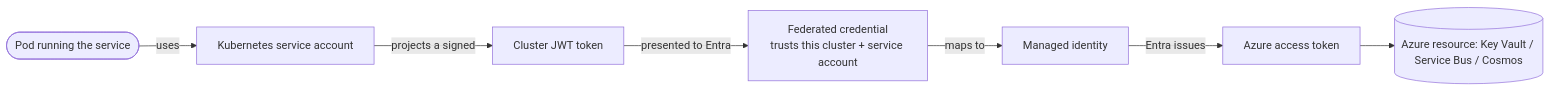
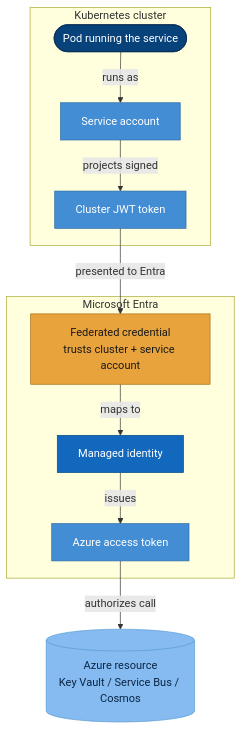
One commit to seesathish/AntKart-Src3 changed the third of 4 diagrams in docs/guides/identity-concepts.md. Above: the diagram before and after it, drawn with Mermaid. The commit also changed other lines of this file and 4 other files, not shown here.

First line of the commit message:
docs: standardise all concept-guide Mermaid diagrams to one visual standard

````diff
--- a/docs/guides/identity-concepts.md
+++ b/docs/guides/identity-concepts.md
@@ -90,9 +116,28 @@
 ```mermaid
-flowchart LR
-    POD([Pod running the service]) -->|uses| SA[Kubernetes service account]
-    SA -->|projects a signed| KTOK[Cluster JWT token]
-    KTOK -->|presented to Entra| FC[Federated credential\ntrusts this cluster + service account]
-    FC -->|maps to| MI[Managed identity]
-    MI -->|Entra issues| ATOK[Azure access token]
-    ATOK --> RES[(Azure resource: Key Vault / Service Bus / Cosmos)]
+flowchart TB
+    subgraph Cluster["Kubernetes cluster"]
+      POD([Pod running the service]) -->|runs as| SA[Service account]
+      SA -->|projects signed| KTOK[Cluster JWT token]
+    end
+    subgraph Entra["Microsoft Entra"]
+      FC[Federated credential<br/>trusts cluster + service account]
+      MI[Managed identity]
+      FC -->|maps to| MI
+      MI -->|issues| ATOK[Azure access token]
+    end
+    KTOK -->|presented to Entra| FC
+    ATOK -->|authorizes call| RES[(Azure resource<br/>Key Vault / Service Bus / Cosmos)]
+
+    classDef actor   fill:#08427B,stroke:#052c54,color:#ffffff;
+    classDef primary fill:#1168BD,stroke:#0b4a87,color:#ffffff;
+    classDef service fill:#438DD5,stroke:#2d6ca3,color:#ffffff;
+    classDef data    fill:#85BBF0,stroke:#5a9bd4,color:#0b2545;
+    classDef external fill:#8B8B8B,stroke:#5f5f5f,color:#ffffff;
+    classDef focus   fill:#E8A33D,stroke:#a96f16,color:#1a1a1a;
+
+    class POD actor
+    class SA,KTOK,ATOK service
+    class MI primary
+    class RES data
+    class FC focus
 ```
````
